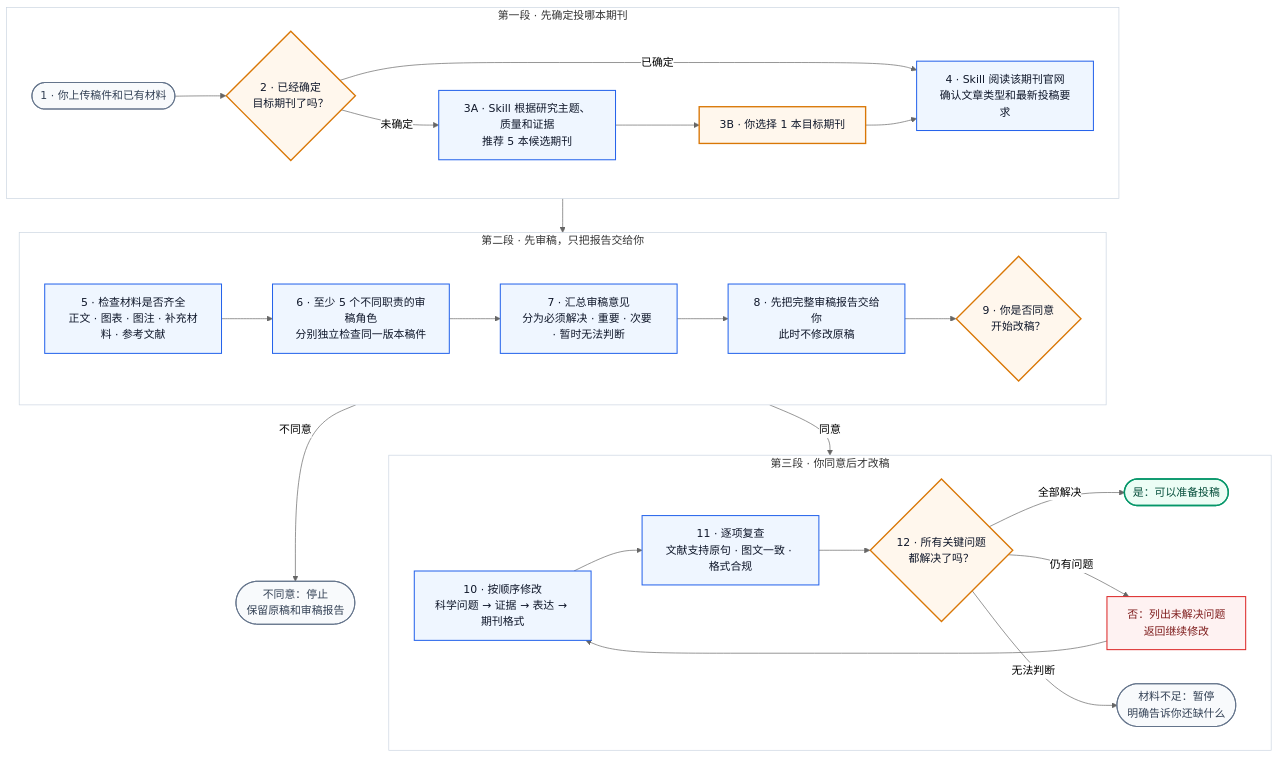
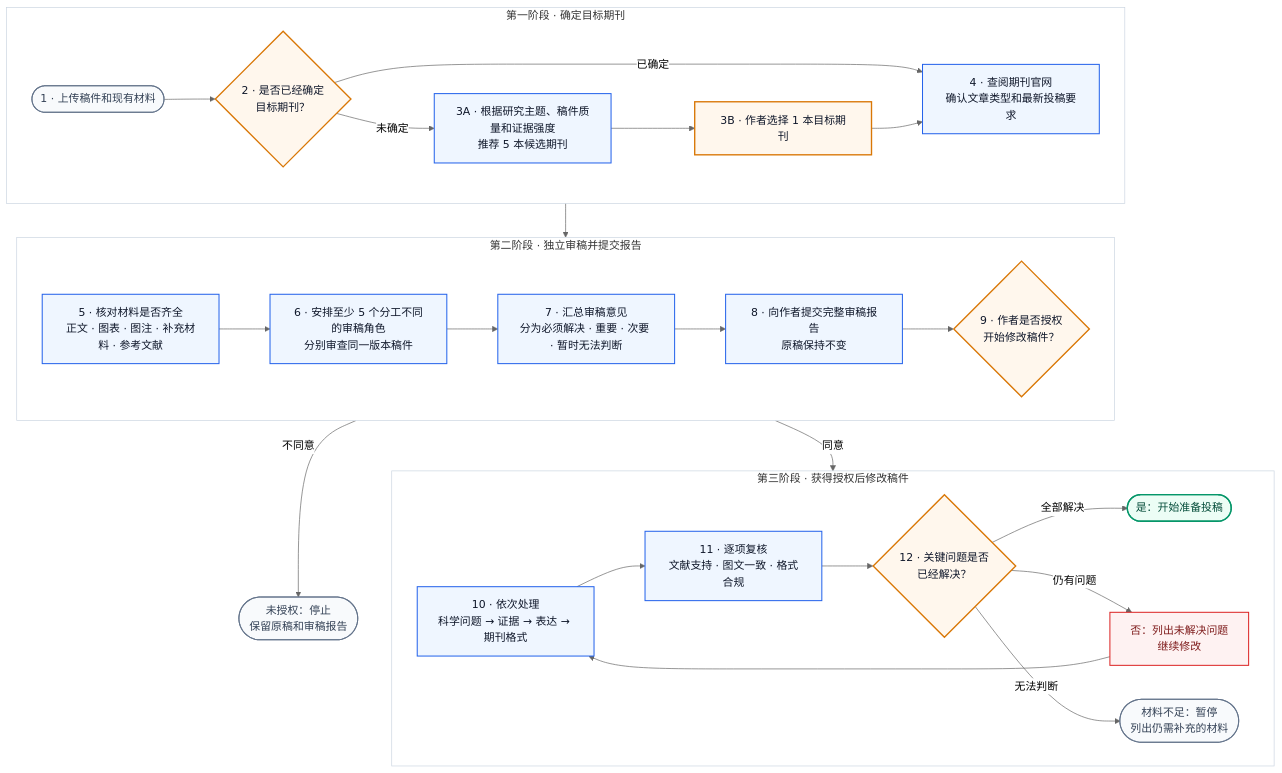
One commit to Jameslxr/manuscript-review-revision-skill changed the diagram in README.md. Above: the diagram before and after it, drawn with Mermaid (neutral theme). The commit also changed other lines of this file and 1 other file, not shown here.

````diff
--- a/README.md
+++ b/README.md
@@ -64,58 +64,58 @@
 ```mermaid
 flowchart TB
-    START(["1 · 你上传稿件和已有材料"])
-    TARGET{"2 · 已经确定<br/>目标期刊了吗？"}
-    REC["3A · Skill 根据研究主题、质量和证据<br/>推荐 5 本候选期刊"]
-    PICK["3B · 你选择 1 本目标期刊"]
-    RULES["4 · Skill 阅读该期刊官网<br/>确认文章类型和最新投稿要求"]
-    CHECK["5 · 检查材料是否齐全<br/>正文 · 图表 · 图注 · 补充材料 · 参考文献"]
-    REVIEW["6 · 至少 5 个不同职责的审稿角色<br/>分别独立检查同一版本稿件"]
+    START(["1 · 上传稿件和现有材料"])
+    TARGET{"2 · 是否已经确定<br/>目标期刊？"}
+    REC["3A · 根据研究主题、稿件质量和证据强度<br/>推荐 5 本候选期刊"]
+    PICK["3B · 作者选择 1 本目标期刊"]
+    RULES["4 · 查阅期刊官网<br/>确认文章类型和最新投稿要求"]
+    CHECK["5 · 核对材料是否齐全<br/>正文 · 图表 · 图注 · 补充材料 · 参考文献"]
+    REVIEW["6 · 安排至少 5 个分工不同的审稿角色<br/>分别审查同一版本稿件"]
     SUMMARY["7 · 汇总审稿意见<br/>分为必须解决 · 重要 · 次要 · 暂时无法判断"]
-    REPORT["8 · 先把完整审稿报告交给你<br/>此时不修改原稿"]
-    AUTH{"9 · 你是否同意<br/>开始改稿？"}
-    STOP(["不同意：停止<br/>保留原稿和审稿报告"])
-    REVISE["10 · 按顺序修改<br/>科学问题 → 证据 → 表达 → 期刊格式"]
-    VERIFY["11 · 逐项复查<br/>文献支持原句 · 图文一致 · 格式合规"]
-    READY{"12 · 所有关键问题<br/>都解决了吗？"}
-    PASS(["是：可以准备投稿"])
-    RETURN["否：列出未解决问题<br/>返回继续修改"]
-    MISSING(["材料不足：暂停<br/>明确告诉你还缺什么"])
+    REPORT["8 · 向作者提交完整审稿报告<br/>原稿保持不变"]
+    AUTH{"9 · 作者是否授权<br/>开始修改稿件？"}
+    STOP(["未授权：停止<br/>保留原稿和审稿报告"])
+    REVISE["10 · 依次处理<br/>科学问题 → 证据 → 表达 → 期刊格式"]
+    VERIFY["11 · 逐项复核<br/>文献支持 · 图文一致 · 格式合规"]
+    READY{"12 · 关键问题是否<br/>已经解决？"}
+    PASS(["是：开始准备投稿"])
+    RETURN["否：列出未解决问题<br/>继续修改"]
+    MISSING(["材料不足：暂停<br/>列出仍需补充的材料"])
 
-    subgraph S1["第一段 · 先确定投哪本期刊"]
+    subgraph S1["第一阶段 · 确定目标期刊"]
         direction LR
         START --> TARGET
         TARGET -- "已确定" --> RULES
         TARGET -- "未确定" --> REC --> PICK --> RULES
     end
 
-    subgraph S2["第二段 · 先审稿，只把报告交给你"]
+    subgraph S2["第二阶段 · 独立审稿并提交报告"]
         direction LR
         CHECK --> REVIEW --> SUMMARY --> REPORT --> AUTH
     end
 
-    subgraph S3["第三段 · 你同意后才改稿"]
+    subgraph S3["第三阶段 · 获得授权后修改稿件"]
         direction LR
         REVISE --> VERIFY --> READY
         READY -- "全部解决" --> PASS
         READY -- "仍有问题" --> RETURN --> REVISE
         READY -- "无法判断" --> MISSING
     end
 
     RULES --> CHECK
     AUTH -- "不同意" --> STOP
     AUTH -- "同意" --> REVISE
 
     classDef user fill:#FFF7ED,stroke:#D97706,stroke-width:2px,color:#0F172A;
     classDef skill fill:#EFF6FF,stroke:#2563EB,stroke-width:1.5px,color:#0F172A;
     classDef success fill:#ECFDF5,stroke:#059669,stroke-width:2px,color:#064E3B;
     classDef stop fill:#F8FAFC,stroke:#64748B,stroke-width:1.5px,color:#334155;
     classDef problem fill:#FEF2F2,stroke:#DC2626,stroke-width:1.5px,color:#7F1D1D;
     class TARGET,PICK,AUTH,READY user;
     class REC,RULES,CHECK,REVIEW,SUMMARY,REPORT,REVISE,VERIFY skill;
     class PASS success;
     class START,STOP,MISSING stop;
     class RETURN problem;
     style S1 fill:#FFFFFF,stroke:#CBD5E1,stroke-width:1px
     style S2 fill:#FFFFFF,stroke:#CBD5E1,stroke-width:1px
     style S3 fill:#FFFFFF,stroke:#CBD5E1,stroke-width:1px
 ```
````
